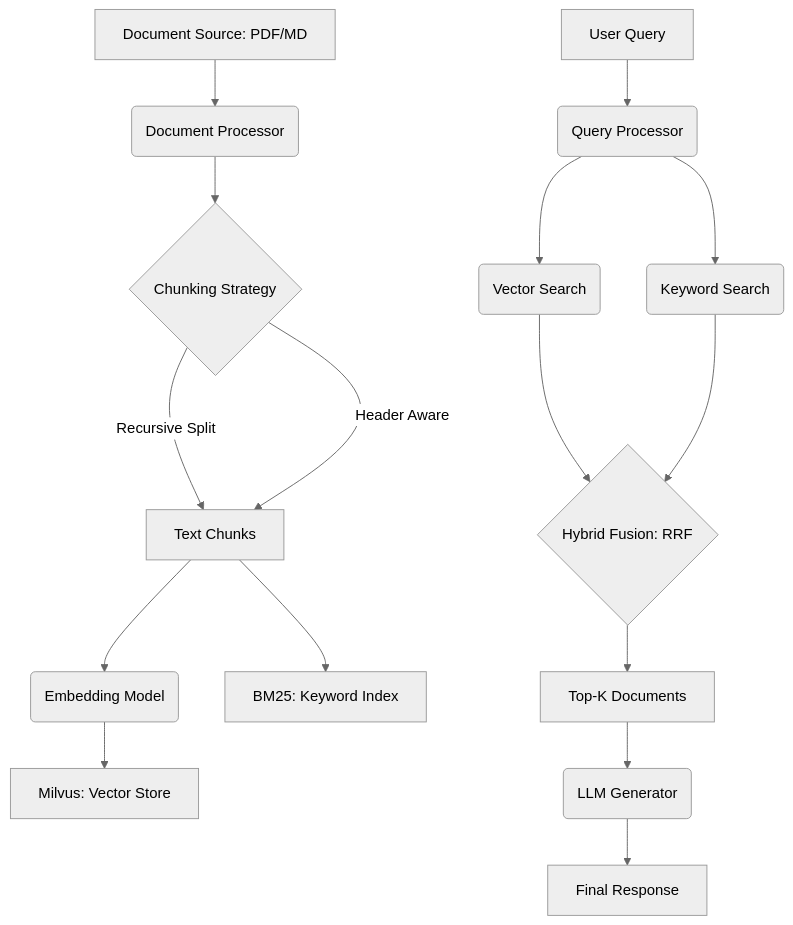
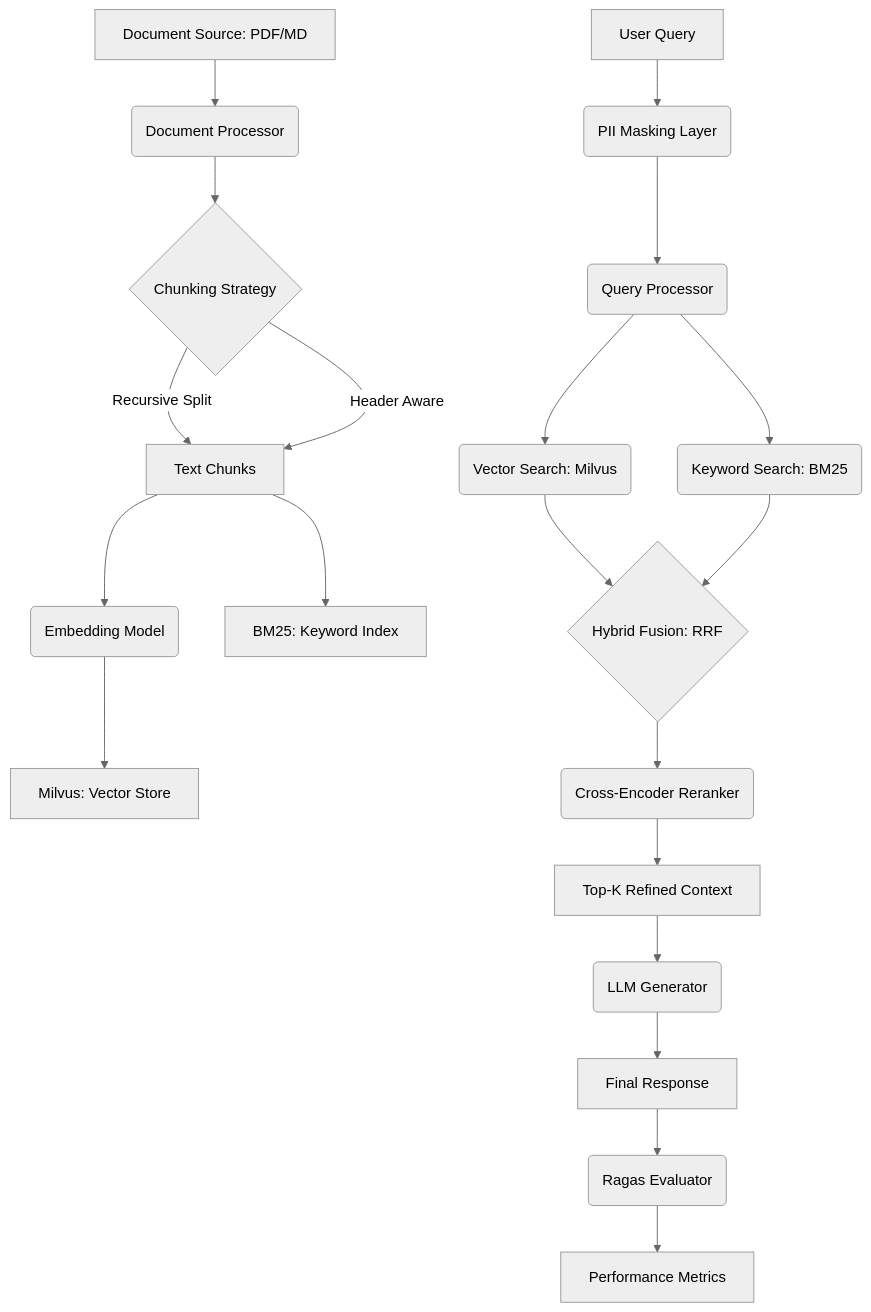
Before and after one commit to KishorJadhavv/Enterprise-RAG-Architecture: the diagram in README.md, drawn with Mermaid (neutral theme). The commit also changed other lines of this file, not shown here.

Commit message:
Scale codebase to Enterprise Architect standards: RAG Engine and Agentic OS

````diff
--- a/README.md
+++ b/README.md
@@ -18,22 +11,27 @@
 ```mermaid
 graph TD
     A[Document Source: PDF/MD] --> B(Document Processor)
     B --> C{Chunking Strategy}
     C -->|Recursive Split| D[Text Chunks]
     C -->|Header Aware| D
     
     D --> E(Embedding Model)
     E --> F[Milvus: Vector Store]
     D --> G[BM25: Keyword Index]
     
-    H[User Query] --> I(Query Processor)
-    I --> J(Vector Search)
-    I --> K(Keyword Search)
+    H[User Query] --> I(PII Masking Layer)
+    I --> J(Query Processor)
+    J --> K(Vector Search: Milvus)
+    J --> L(Keyword Search: BM25)
     
-    J --> L{Hybrid Fusion: RRF}
-    K --> L
+    K --> M{Hybrid Fusion: RRF}
+    L --> M
     
-    L --> M[Top-K Documents]
-    M --> N(LLM Generator)
-    N --> O[Final Response]
+    M --> N(Cross-Encoder Reranker)
+    N --> O[Top-K Refined Context]
+    O --> P(LLM Generator)
+    P --> Q[Final Response]
+    
+    Q --> R(Ragas Evaluator)
+    R --> S[Performance Metrics]
 ```
````
